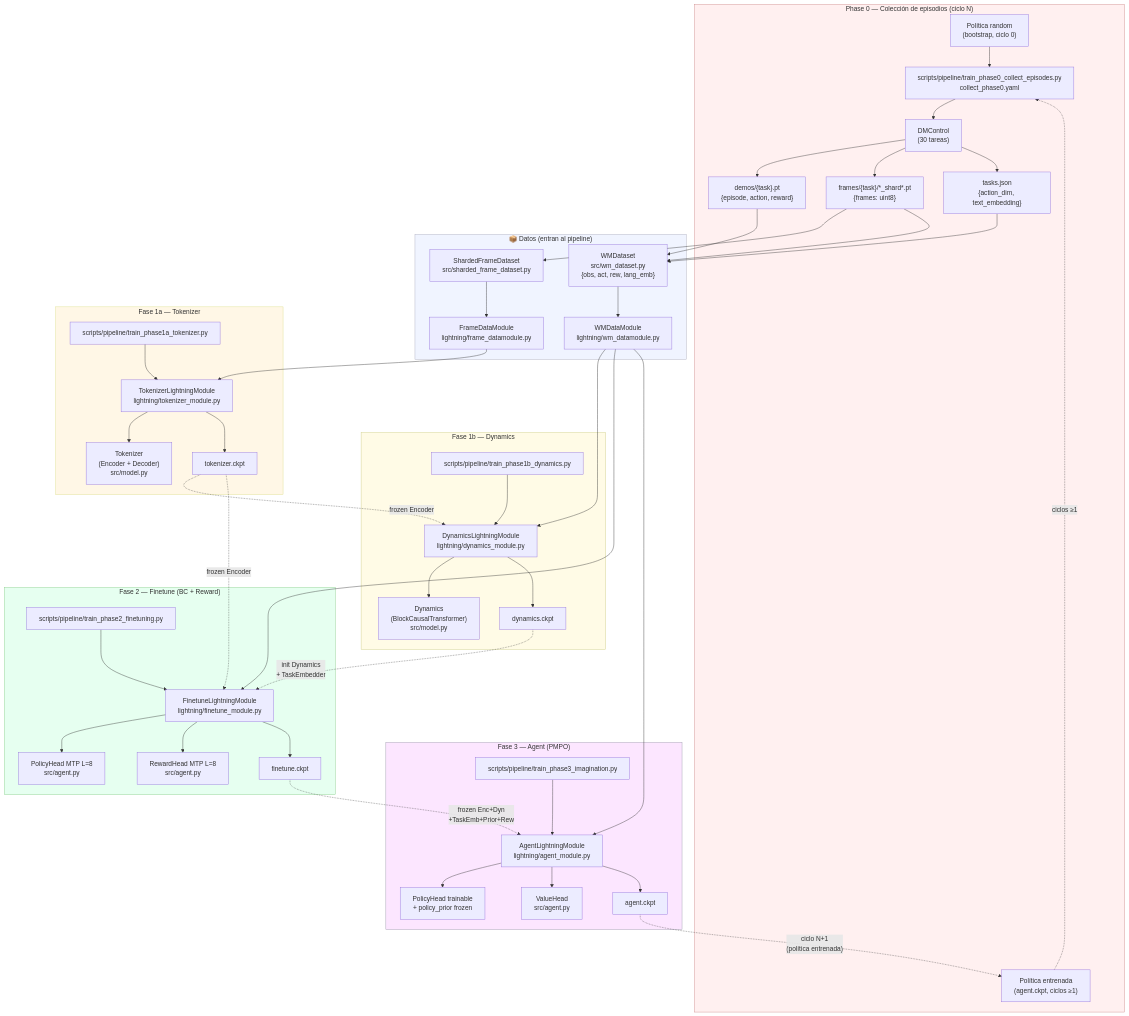
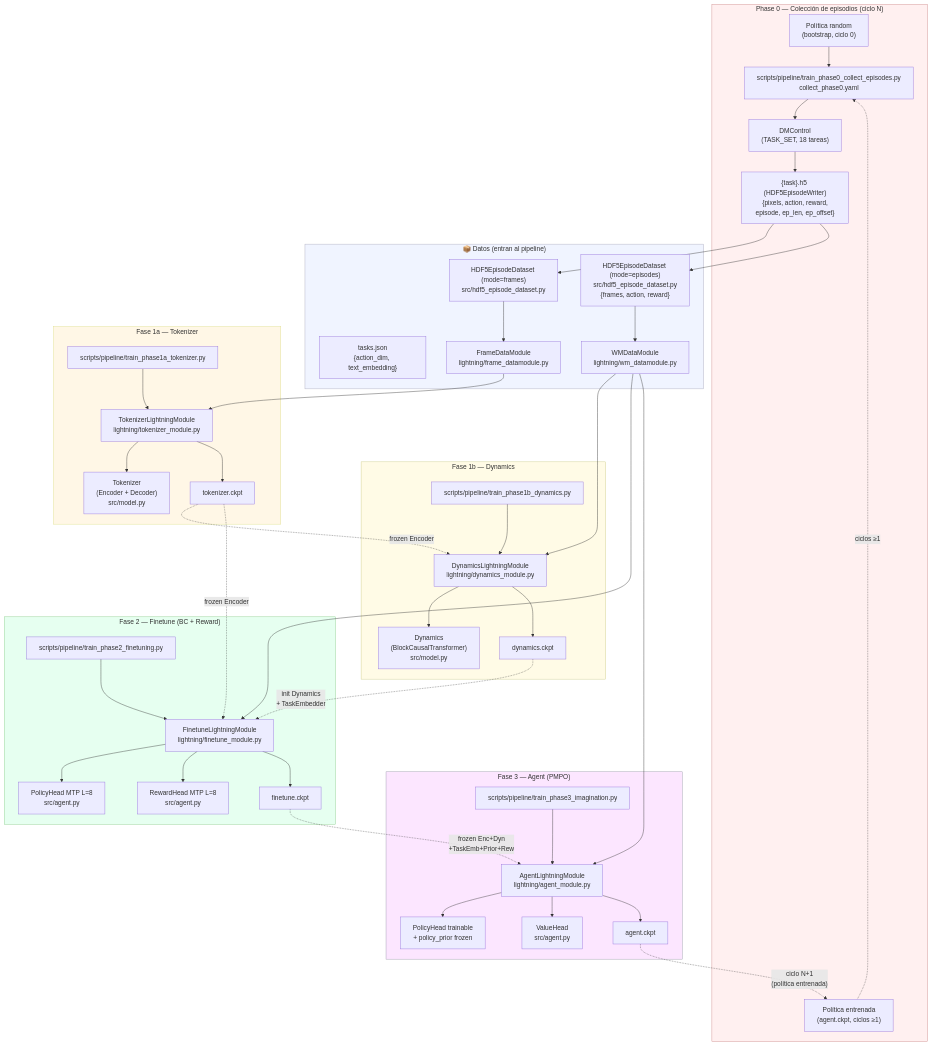
The first of 3 diagrams in docs/architecture.md (GonzaloFuentes1/dreamer4), drawn with Mermaid before and after one commit. The commit also changed other lines of this file and 6 other files, not shown here.

```diff
--- a/docs/architecture.md
+++ b/docs/architecture.md
@@ -10,29 +10,24 @@
 flowchart TD
     subgraph P0["Phase 0 — Colección de episodios (ciclo N)"]
         COL["scripts/pipeline/train_phase0_collect_episodes.py\ncollect_phase0.yaml"]
-        ENV["DMControl\n(30 tareas)"]
+        ENV["DMControl\n(TASK_SET, 18 tareas)"]
         RPOL["Política random\n(bootstrap, ciclo 0)"]
         APOL["Política entrenada\n(agent.ckpt, ciclos ≥1)"]
-        DEMOS["demos/{task}.pt\n{episode, action, reward}"]
-        SHARDS["frames/{task}/*_shard*.pt\n{frames: uint8}"]
-        TJSON["tasks.json\n{action_dim, text_embedding}"]
+        H5["{task}.h5 (HDF5EpisodeWriter)\n{pixels, action, reward,\nepisode, ep_len, ep_offset}"]
         COL --> ENV
         RPOL --> COL
         APOL -. "ciclos ≥1" .-> COL
-        ENV --> DEMOS
-        ENV --> SHARDS
-        ENV --> TJSON
+        ENV --> H5
     end
 
     subgraph DATA["📦 Datos (entran al pipeline)"]
-        FS["ShardedFrameDataset\nsrc/sharded_frame_dataset.py"]
-        WMD["WMDataset\nsrc/wm_dataset.py\n{obs, act, rew, lang_emb}"]
+        TJSON["tasks.json\n{action_dim, text_embedding}"]
+        FS["HDF5EpisodeDataset (mode=frames)\nsrc/hdf5_episode_dataset.py"]
+        WMD["HDF5EpisodeDataset (mode=episodes)\nsrc/hdf5_episode_dataset.py\n{frames, action, reward}"]
         FDM["FrameDataModule\nlightning/frame_datamodule.py"]
         WMDM["WMDataModule\nlightning/wm_datamodule.py"]
-        SHARDS --> FS --> FDM
-        DEMOS --> WMD
-        TJSON --> WMD
-        SHARDS --> WMD --> WMDM
+        H5 --> FS --> FDM
+        H5 --> WMD --> WMDM
     end
 
     subgraph P1A["Fase 1a — Tokenizer"]
```
